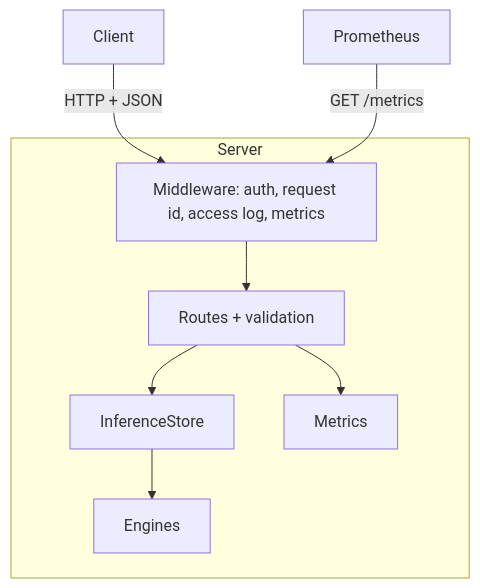
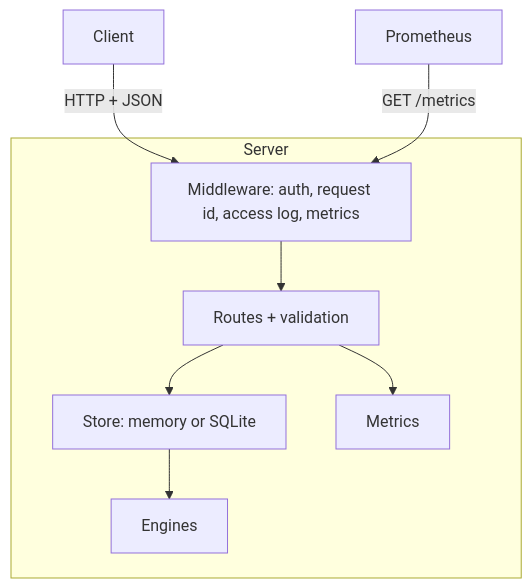
One commit to codealisha99/ai-inference-layer changed the first of 2 diagrams in ARCHITECTURE.md. Above: the diagram before and after it, drawn with Mermaid. The commit also changed other lines of this file and 4 other files, not shown here.

````diff
--- a/ARCHITECTURE.md
+++ b/ARCHITECTURE.md
@@ -20,12 +20,12 @@
 ```mermaid
 graph TD
     Client -->|HTTP + JSON| Middleware
     subgraph Server
         Middleware[Middleware: auth, request id, access log, metrics]
         Middleware --> Routes[Routes + validation]
-        Routes --> Store[InferenceStore]
+        Routes --> Store[Store: memory or SQLite]
         Store --> Engines[Engines]
         Routes --> Metrics[Metrics]
     end
     Prometheus -->|GET /metrics| Middleware
 ```
````
